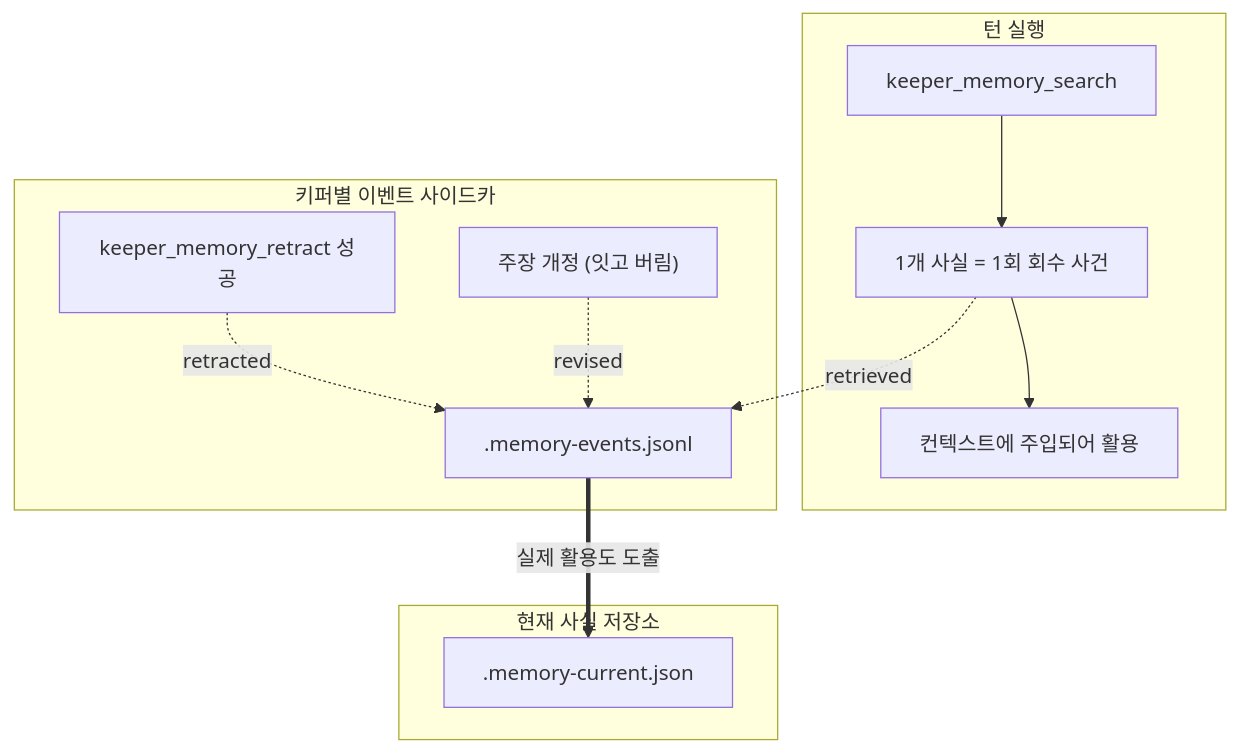
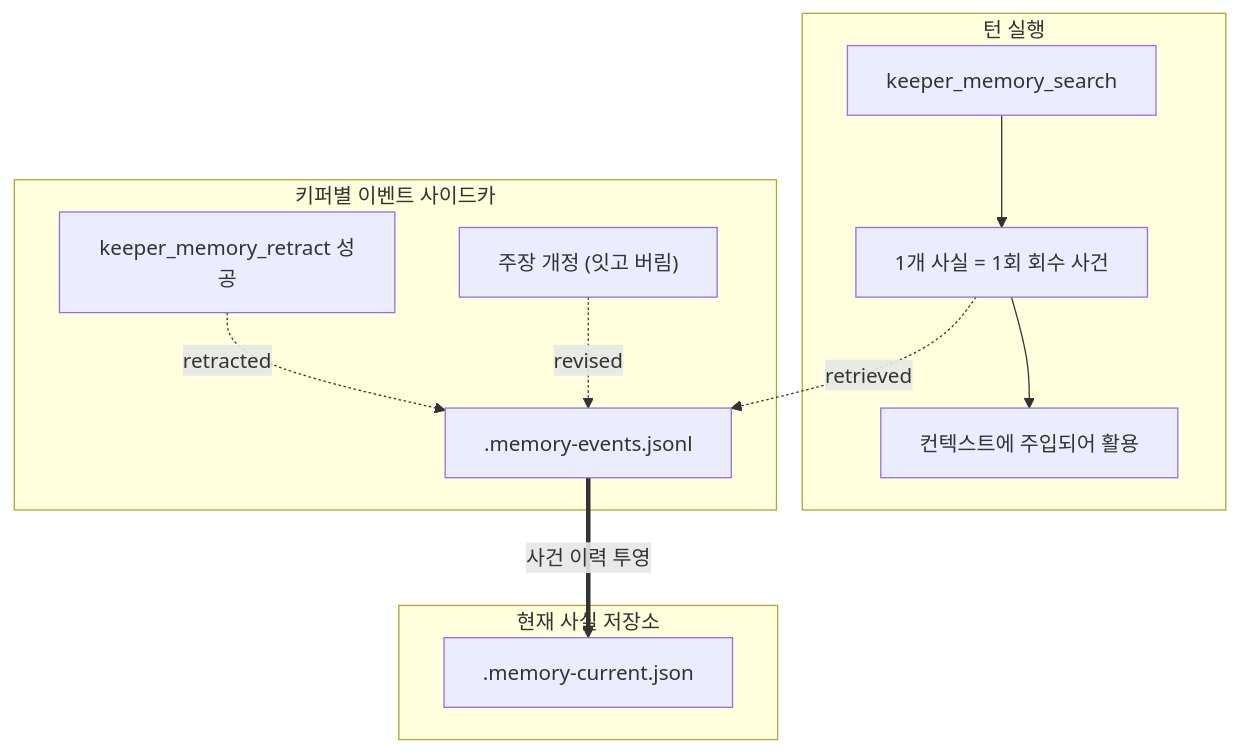
One commit to jeong-sik/masc changed the diagram in docs-site/src/content/docs/ko/architecture/memory-os.md. Above: the diagram before and after it, drawn with Mermaid. The commit also changed other lines of this file and 1 other file, not shown here.

Commit message:
docs(memory): name retractions as history

````diff
--- a/docs-site/src/content/docs/ko/architecture/memory-os.md
+++ b/docs-site/src/content/docs/ko/architecture/memory-os.md
@@ -29,17 +29,17 @@
 ```mermaid
 flowchart TD
     subgraph Execution ["턴 실행"]
         Q["keeper_memory_search"] --> RET["1개 사실 = 1회 회수 사건"]
         RET --> USE["컨텍스트에 주입되어 활용"]
     end
 
     subgraph Sidecar ["키퍼별 이벤트 사이드카"]
         RET -.->|"retrieved"| EV["<keeper>.memory-events.jsonl"]
         DROP["keeper_memory_retract 성공"] -.->|"retracted"| EV
         REV["주장 개정 (잇고 버림)"] -.->|"revised"| EV
     end
 
     subgraph Facts ["현재 사실 저장소"]
-        EV ==>|"실제 활용도 도출"| DB["<keeper>.memory-current.json"]
+        EV ==>|"사건 이력 투영"| DB["<keeper>.memory-current.json"]
     end
 ```
````
